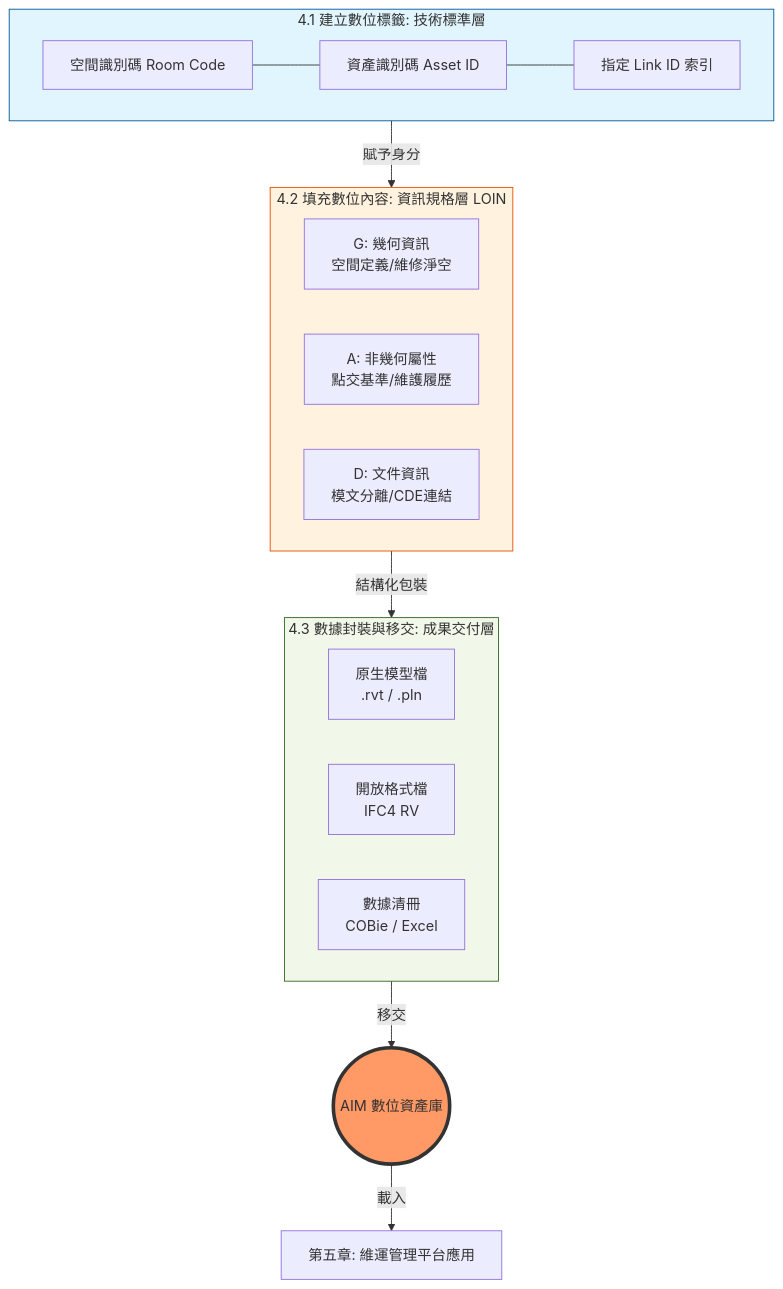
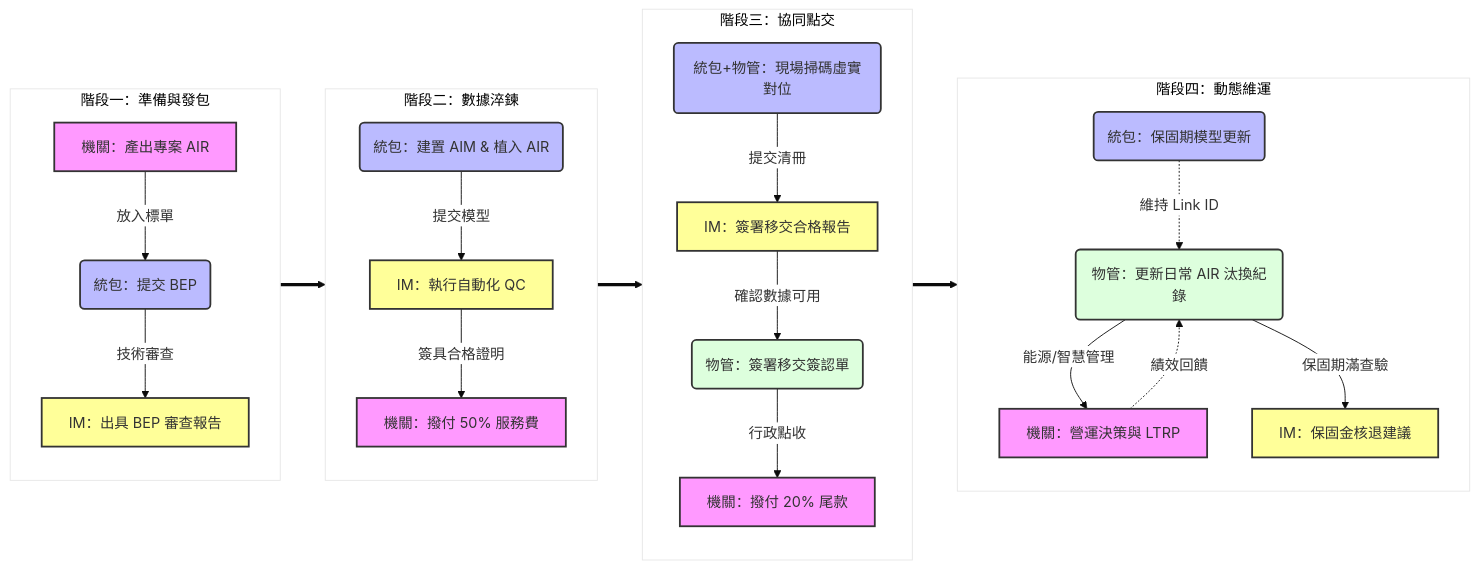
One commit to ymhsieh/lab1029 changed the diagram in README.md. Above: the diagram before and after it, drawn with Mermaid.

Commit message:
Update README with new mermaid diagram phases

````diff
--- a/README.md
+++ b/README.md
@@ -2,30 +2,49 @@
 ```mermaid 
 
-graph TD
-    subgraph S1 [4.1 建立數位標籤: 技術標準層]
-        A1[空間識別碼 Room Code] --- A2[資產識別碼 Asset ID]
-        A2 --- A3[指定 Link ID 索引]
+%%{init: {'theme': 'base', 'themeVariables': { 'primaryColor': '#e1f5fe', 'edgeLabelBackground':'#ffffff', 'tertiaryColor': '#fff'}}}%%
+graph LR
+    %% 定義階段 (橫軸)
+    subgraph Phase1 [階段一：準備與發包]
+        direction TB
+        A1[機關：產出專案 AIR] -->|放入標單| B1(統包：提交 BEP)
+        B1 -->|技術審查| C1[IM：出具 BEP 審查報告]
     end
 
-    subgraph S2 [4.2 填充數位內容: 資訊規格層 LOIN]
-        B1[G: 幾何資訊<br/>空間定義/維修淨空] 
-        B2[A: 非幾何屬性<br/>點交基準/維護履歷]
-        B3[D: 文件資訊<br/>模文分離/CDE連結]
+    subgraph Phase2 [階段二：數據淬鍊]
+        direction TB
+        B2(統包：建置 AIM & 植入 AIR) -->|提交模型| C2[IM：執行自動化 QC]
+        C2 -->|簽具合格證明| A2[機關：撥付 50% 服務費]
     end
 
-    subgraph S3 [4.3 數據封裝與移交: 成果交付層]
-        C1[原生模型檔<br/>.rvt / .pln]
-        C2[開放格式檔<br/>IFC4 RV]
-        C3[數據清冊<br/>COBie / Excel]
+    subgraph Phase3 [階段三：協同點交]
+        direction TB
+        B3(統包+物管：現場掃碼虛實對位) -->|提交清冊| C3[IM：簽署移交合格報告]
+        C3 -->|確認數據可用| D3(物管：簽署移交簽認單)
+        D3 -->|行政點收| A3[機關：撥付 20% 尾款]
     end
 
-    S1 -->|賦予身分| S2
-    S2 -->|結構化包裝| S3
-    S3 -->|移交| AIM((AIM 數位資產庫))
-    AIM -->|載入| FM[第五章: 維運管理平台應用]
+    subgraph Phase4 [階段四：動態維運]
+        direction TB
+        D4(物管：更新日常 AIR 汰換紀錄) -->|能源/智慧管理| A4[機關：營運決策與 LTRP]
+        A4 -.->|績效回饋| D4
+        B4(統包：保固期模型更新) -.->|維持 Link ID| D4
+        D4 -->|保固期滿查驗| C4[IM：保固金核退建議]
+    end
 
-    style AIM fill:#f96,stroke:#333,stroke-width:4px
-    style S1 fill:#e1f5fe,stroke:#01579b
-    style S2 fill:#fff3e0,stroke:#e65100
-    style S3 fill:#f1f8e9,stroke:#33691e
+    %% 連接階段
+    Phase1 ==> Phase2 ==> Phase3 ==> Phase4
+
+    %% 樣式定義
+    classDef owner fill:#f9f,stroke:#333,stroke-width:2px;
+    classDef im fill:#ff9,stroke:#333,stroke-width:2px;
+    classDef contractor fill:#bbf,stroke:#333,stroke-width:2px;
+    classDef fm fill:#dfd,stroke:#333,stroke-width:2px;
+
+    class A1,A2,A3,A4 owner;
+    class C1,C2,C3,C4 im;
+    class B1,B2,B3,B4 contractor;
+    class D3,D4 fm;
+
+
+
 ```
````
